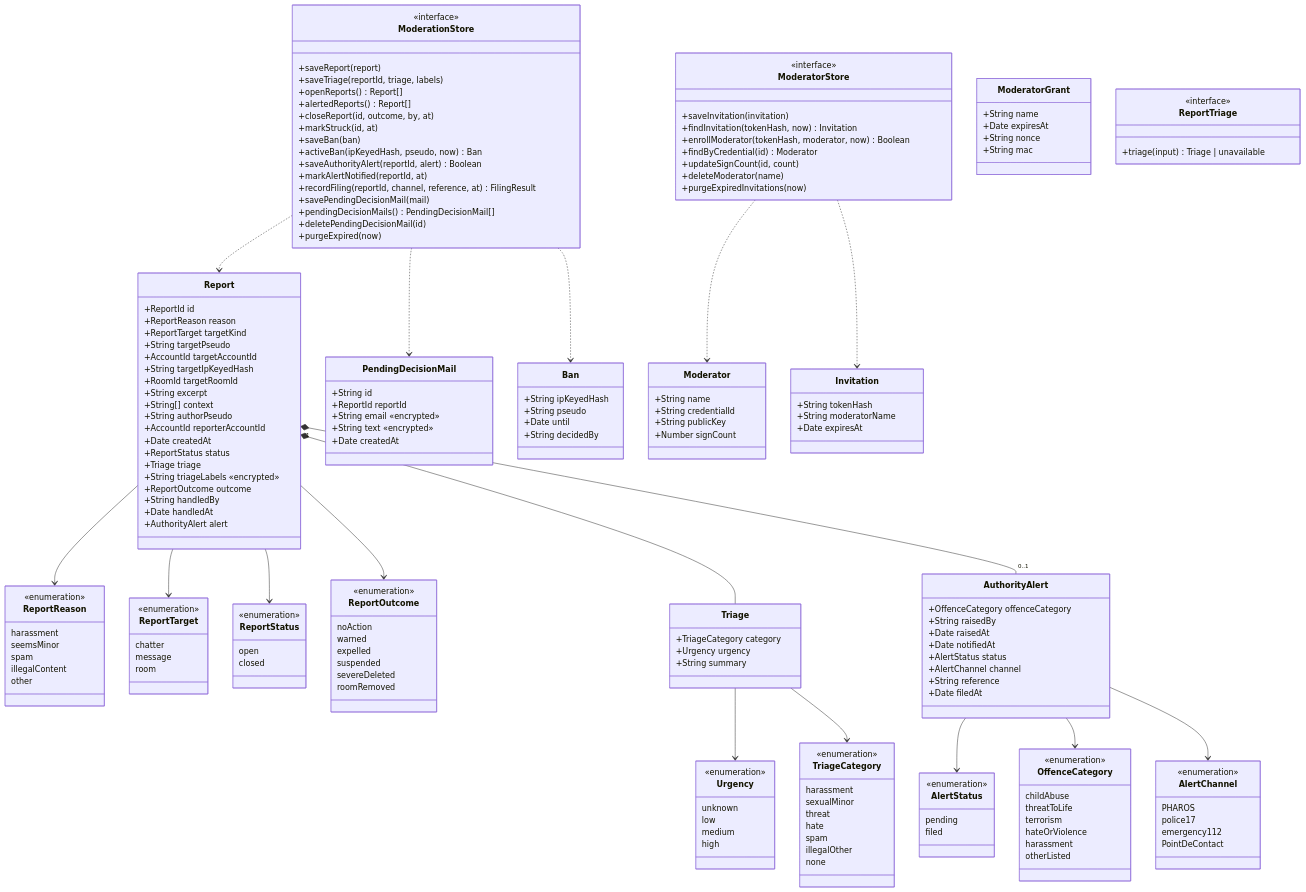
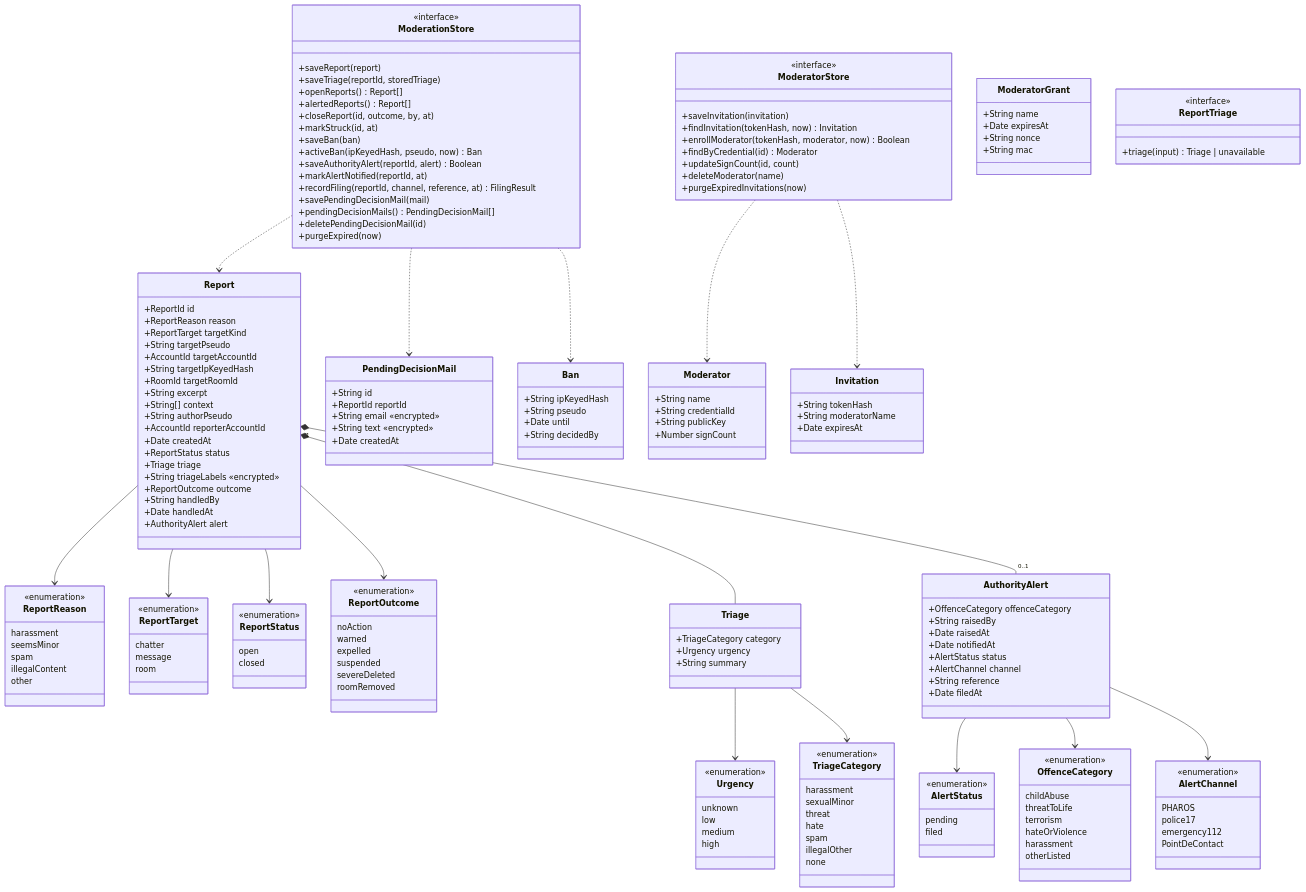
The diagram in docs/architecture/diagrams/moderation/04-class.md (benoit-bremaud/asv), drawn with Mermaid before and after one commit. The commit also changed other lines of this file and 34 other files, not shown here.

```diff
--- a/docs/architecture/diagrams/moderation/04-class.md
+++ b/docs/architecture/diagrams/moderation/04-class.md
@@ -142,7 +142,7 @@
   class ModerationStore {
     <<interface>>
     +saveReport(report)
-    +saveTriage(reportId, triage, labels)
+    +saveTriage(reportId, storedTriage)
     +openReports() Report[]
     +alertedReports() Report[]
     +closeReport(id, outcome, by, at)
```
